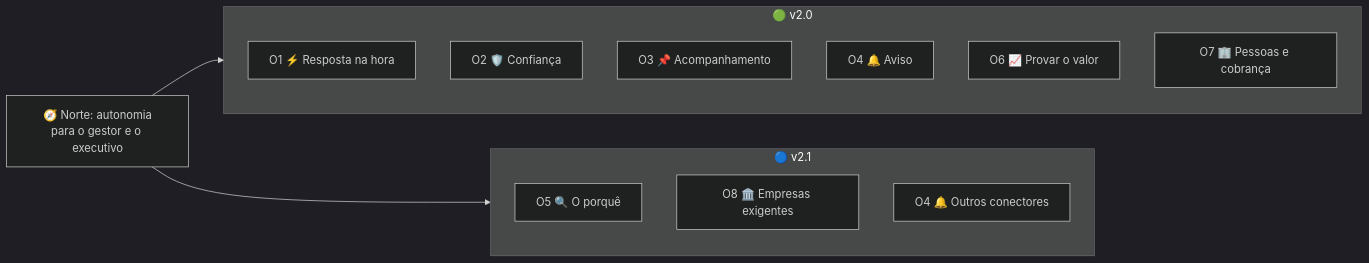
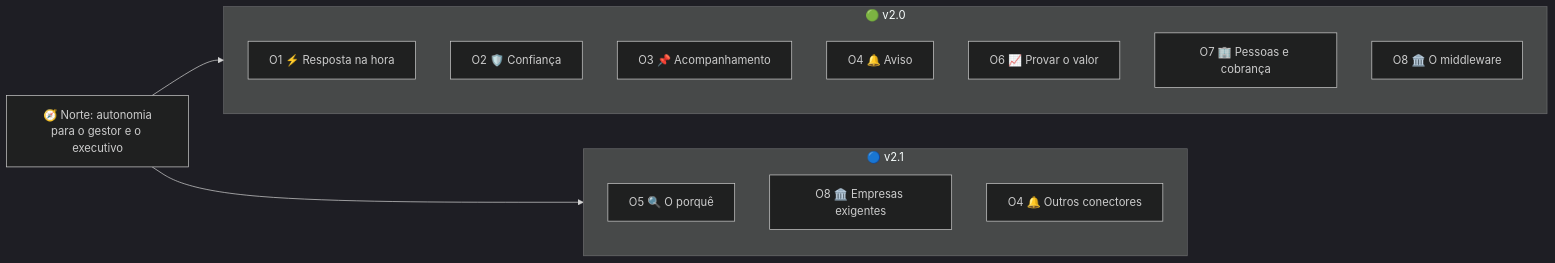
One commit to fabioabr/horus-v2-docs changed the diagram in docs/raw/produto/07-mapa-de-objetivos-e-funcionalidades.md. Above: the diagram before and after it, drawn with Mermaid (dark theme). The commit also changed other lines of this file and 49 other files, not shown here.

````diff
--- a/docs/raw/produto/07-mapa-de-objetivos-e-funcionalidades.md
+++ b/docs/raw/produto/07-mapa-de-objetivos-e-funcionalidades.md
@@ -81,19 +81,20 @@
 ```mermaid
 flowchart LR
     N["🧭 Norte: autonomia<br/>para o gestor e o executivo"]
     subgraph E1["🟢 v2.0"]
         O1["O1 ⚡ Resposta na hora"]
         O2["O2 🛡️ Confiança"]
         O3["O3 📌 Acompanhamento"]
         O4["O4 🔔 Aviso"]
         O6["O6 📈 Provar o valor"]
         O7["O7 🏢 Pessoas e cobrança"]
+        O8a["O8 🏛️ O middleware"]
     end
     subgraph E2["🔵 v2.1"]
         O5["O5 🔍 O porquê"]
         O8["O8 🏛️ Empresas exigentes"]
         O4b["O4 🔔 Outros conectores"]
     end
     N --> E1
     N --> E2
 ```
````
